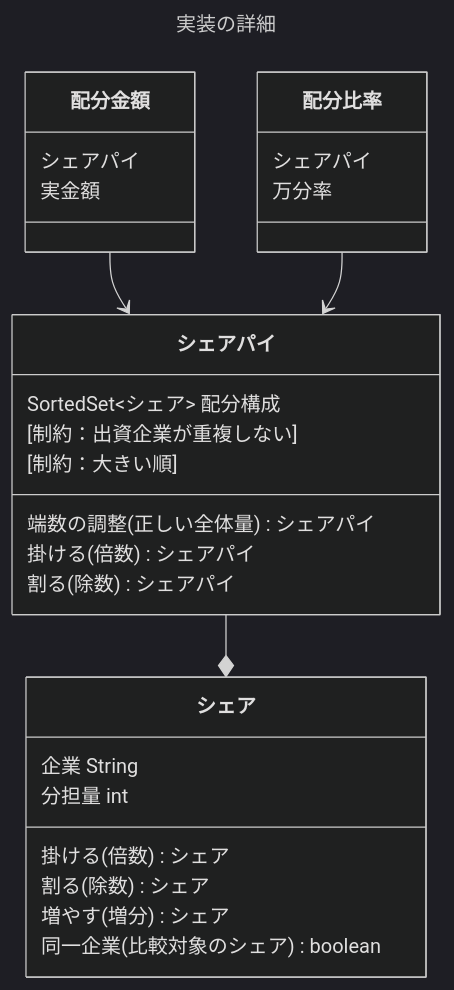
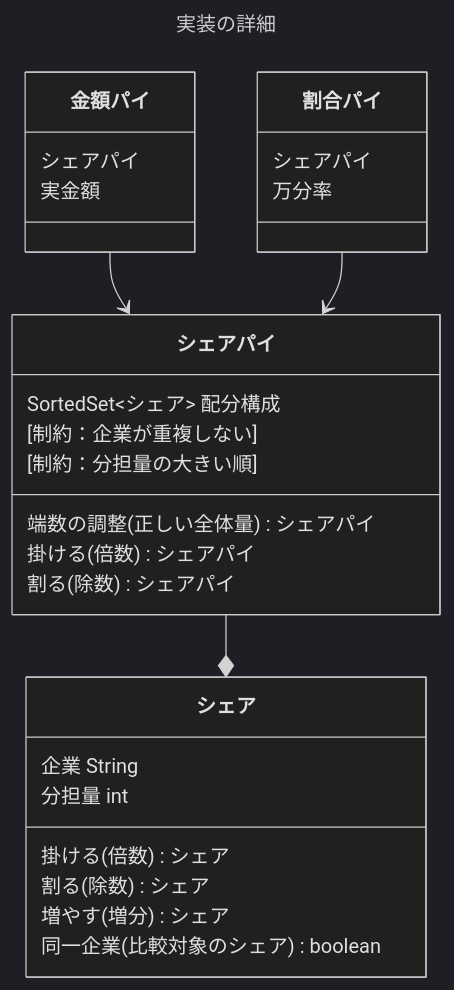
The diagram in src/main/java/com/example/domain/model/jjugccc2024/advanced/proportion/実装の詳細.mmd (masuda220/business-logic-patterns), drawn with Mermaid (dark theme) before and after one commit. The commit also changed 8 other files, not shown here.

Commit message:
シャアパイ　説明の図

```diff
--- a/src/main/java/com/example/domain/model/jjugccc2024/advanced/proportion/実装の詳細.mmd
+++ b/src/main/java/com/example/domain/model/jjugccc2024/advanced/proportion/実装の詳細.mmd
@@ -1,33 +1,33 @@
 ---
 title: 実装の詳細
 ---
 classDiagram
-    配分金額 --> シェアパイ
-    配分比率 --> シェアパイ
+    金額パイ --> シェアパイ
+    割合パイ --> シェアパイ
     シェアパイ --* シェア
 
     class シェアパイ {
         SortedSet~シェア~ 配分構成
-        [制約：出資企業が重複しない]
-        [制約：大きい順]
+        [制約：企業が重複しない]
+        [制約：分担量の大きい順]
         端数の調整(正しい全体量) シェアパイ
         掛ける(倍数) シェアパイ
         割る(除数) シェアパイ
     }
 
     class シェア {
         企業 String
         分担量 int
         掛ける(倍数) シェア
         割る(除数) シェア
         増やす(増分) シェア
         同一企業(比較対象のシェア) boolean
     }
-    class 配分比率 {
+    class 割合パイ {
         シェアパイ
         万分率
     }
-    class 配分金額 {
+    class 金額パイ {
         シェアパイ
         実金額
     }
```
